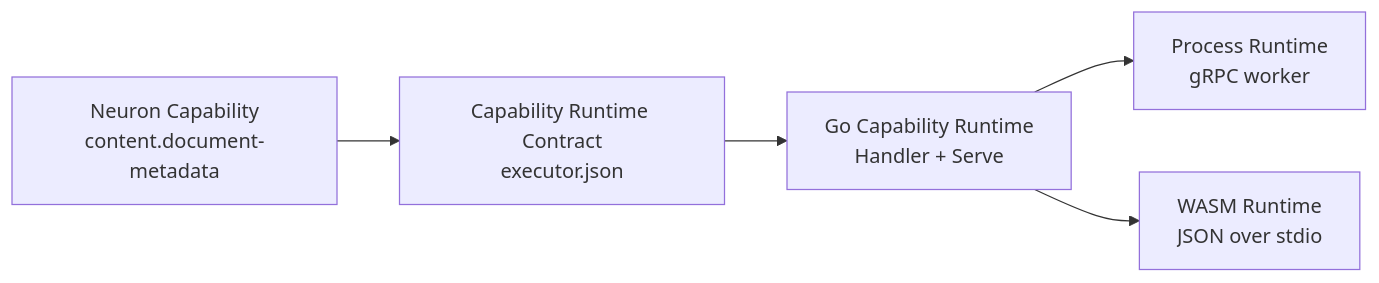
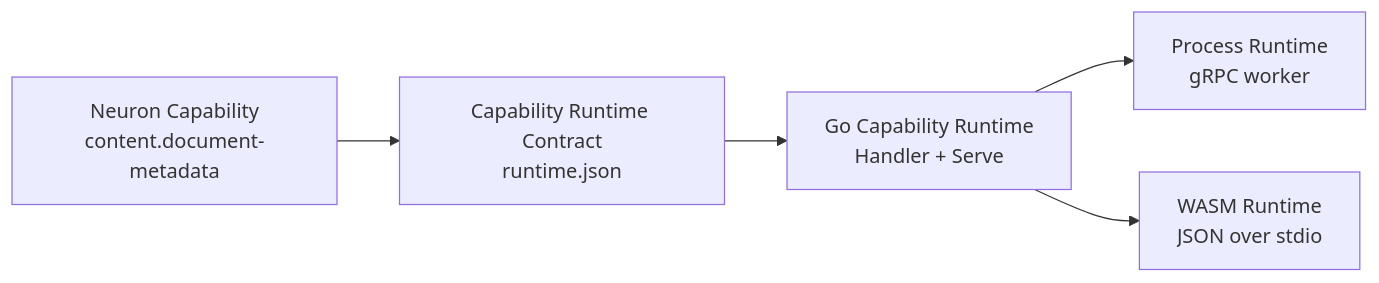
The first of 2 diagrams in packages/executor-sdks/golang/README.md (neuron-runtime/neuron), drawn with Mermaid before and after one commit. The commit also changed other lines of this file and 15 other files, not shown here.

````diff
--- a/packages/executor-sdks/golang/README.md
+++ b/packages/executor-sdks/golang/README.md
@@ -7,7 +7,7 @@
 ```mermaid
 flowchart LR
-    S[Neuron Capability<br/>content.document-metadata] --> C[Capability Runtime Contract<br/>executor.json]
+    S[Neuron Capability<br/>content.document-metadata] --> C[Capability Runtime Contract<br/>runtime.json]
     C --> G[Go Capability Runtime<br/>Handler + Serve]
     G --> P[Process Runtime<br/>gRPC worker]
     G --> W[WASM Runtime<br/>JSON over stdio]
 ```
````
